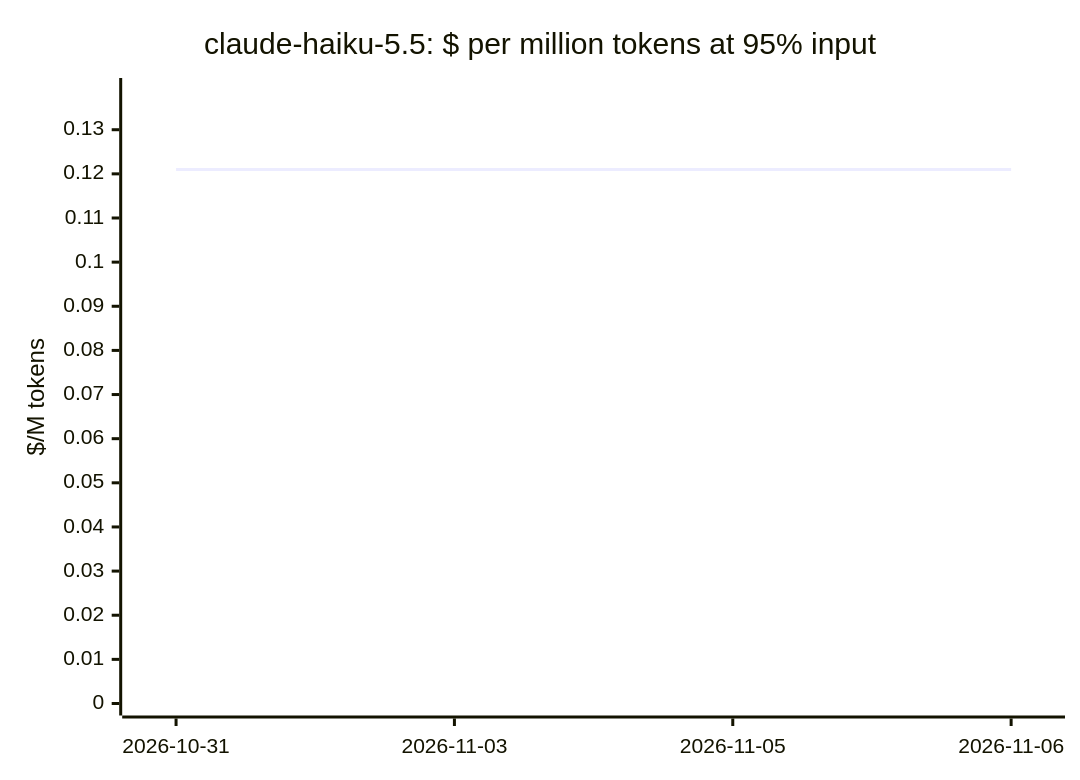
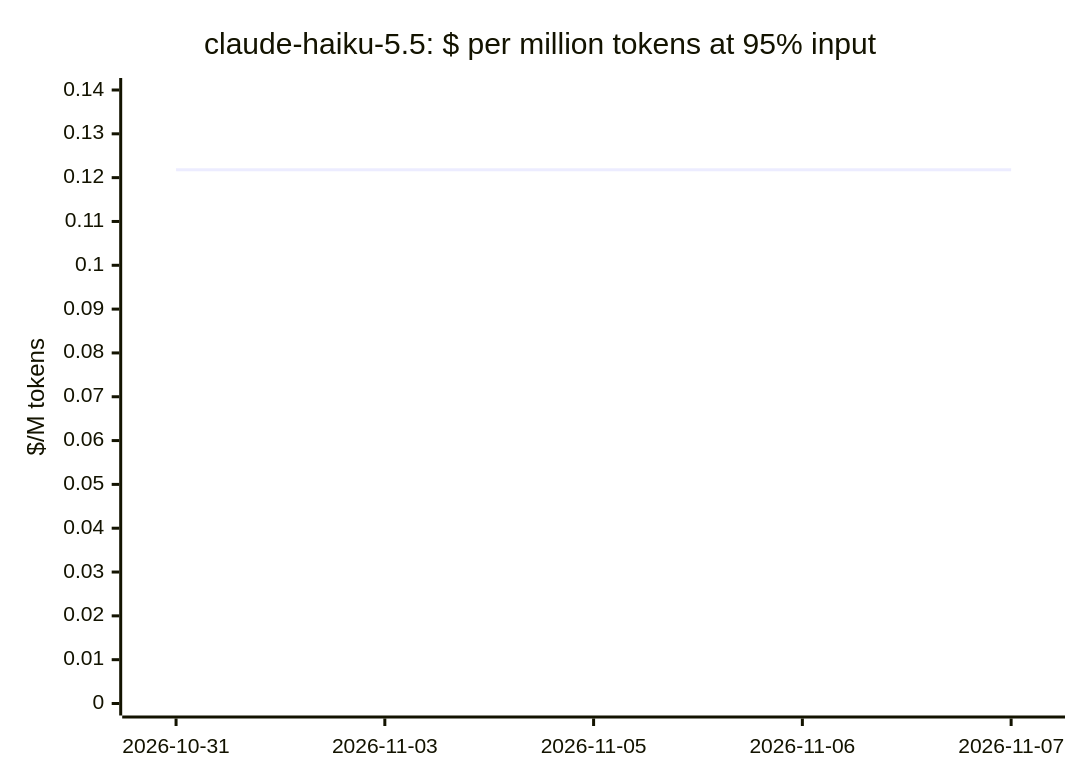
The fifth of 20 diagrams in docs/openrouter-models.md (cklukas/OMEGA_TRANSFORM), drawn with Mermaid before and after one commit. The commit also changed other lines of this file and 68 other files, not shown here.

````diff
--- a/docs/openrouter-models.md
+++ b/docs/openrouter-models.md
@@ -176,7 +175,7 @@
 ```mermaid
 xychart-beta
     title "claude-haiku-5.5: $ per million tokens at 95% input"
-    x-axis ["2026-10-31", "2026-11-03", "2026-11-05", "2026-11-06"]
-    y-axis "$/M tokens" 0 --> 0.139
-    line [0.121, 0.121, 0.121, 0.121]
+    x-axis ["2026-10-31", "2026-11-03", "2026-11-05", "2026-11-06", "2026-11-07"]
+    y-axis "$/M tokens" 0 --> 0.14
+    line [0.1218, 0.1218, 0.1218, 0.1218, 0.1218]
 ```
````
